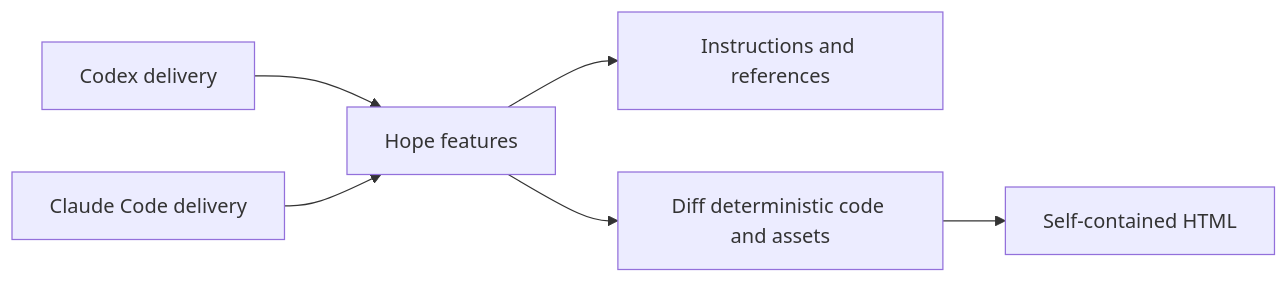
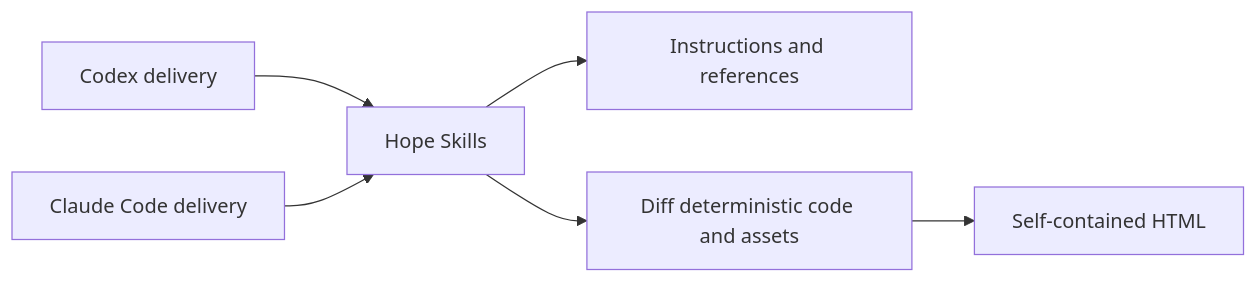
The diagram in docs/architecture.md (dkstm95/hope), drawn with Mermaid before and after one commit. The commit also changed other lines of this file and 16 other files, not shown here.

````diff
--- a/docs/architecture.md
+++ b/docs/architecture.md
@@ -28,8 +34,8 @@
 ```mermaid
 flowchart LR
-  C["Codex delivery"] --> F["Hope features"]
-  L["Claude Code delivery"] --> F
-  F --> I["Instructions and references"]
-  F --> D["Diff deterministic code and assets"]
+  C["Codex delivery"] --> S["Hope Skills"]
+  L["Claude Code delivery"] --> S
+  S --> I["Instructions and references"]
+  S --> D["Diff deterministic code and assets"]
   D --> H["Self-contained HTML"]
 ```
````
